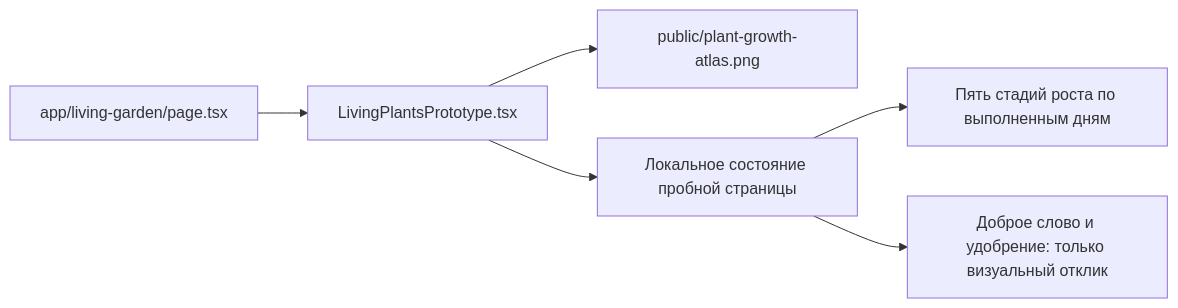
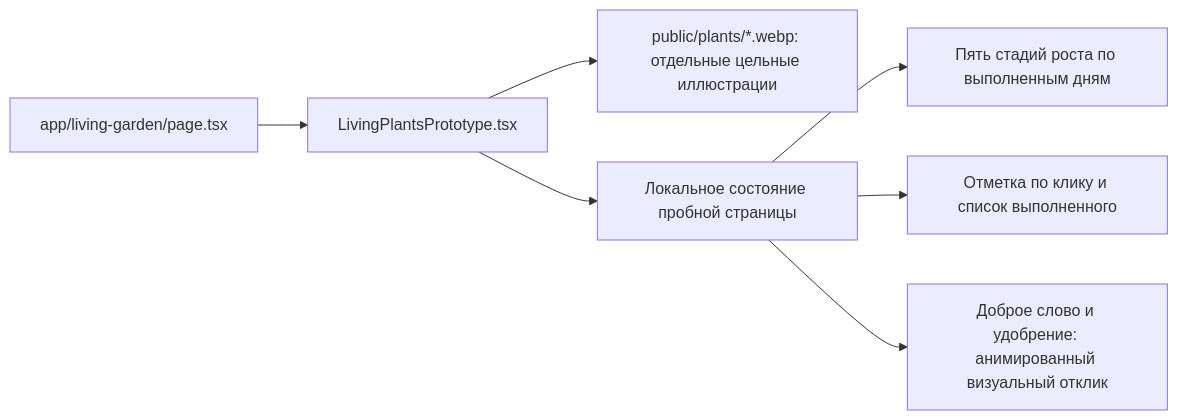
Before and after one commit to katrin27108-rgb/rost-habit-garden: the fifth of 7 diagrams in docs/ARCHITECTURE.md, drawn with Mermaid. The commit also changed 10 other files, not shown here.

````diff
--- a/docs/ARCHITECTURE.md
+++ b/docs/ARCHITECTURE.md
@@ -71,8 +71,9 @@
 ```mermaid
 flowchart LR
   Route[app/living-garden/page.tsx] --> Prototype[LivingPlantsPrototype.tsx]
-  Prototype --> Atlas[public/plant-growth-atlas.png]
+  Prototype --> Plants[public/plants/*.webp: отдельные цельные иллюстрации]
   Prototype --> DemoState[Локальное состояние пробной страницы]
   DemoState --> Growth[Пять стадий роста по выполненным дням]
-  DemoState --> Care[Доброе слово и удобрение: только визуальный отклик]
+  DemoState --> Checklist[Отметка по клику и список выполненного]
+  DemoState --> Care[Доброе слово и удобрение: анимированный визуальный отклик]
 ```
````
